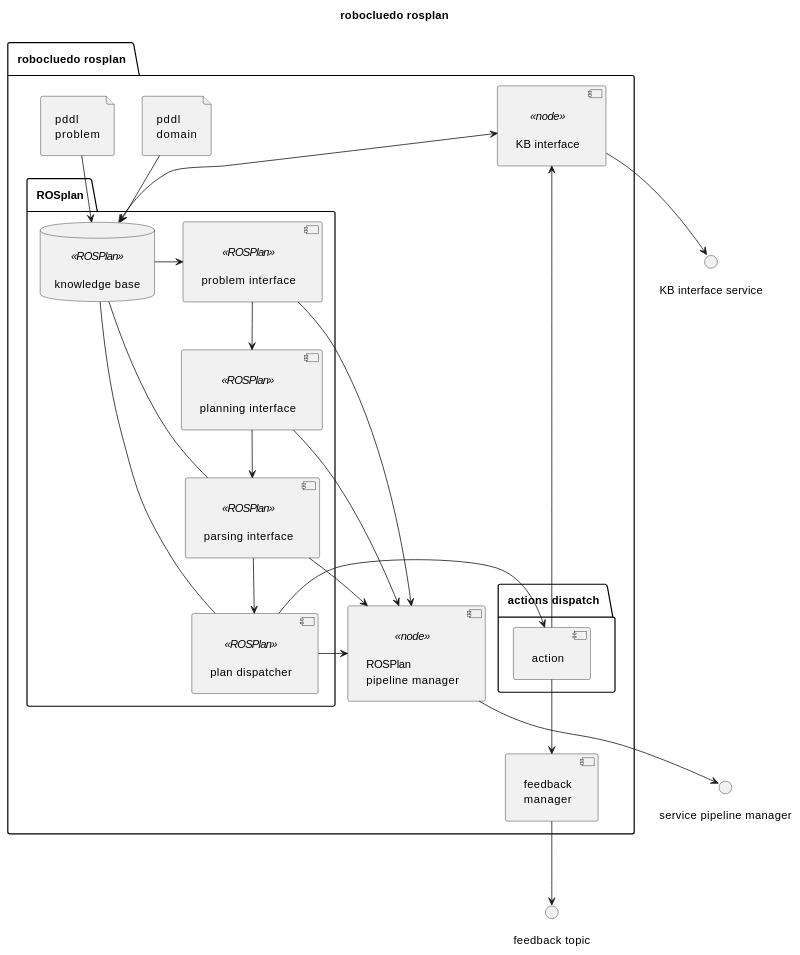
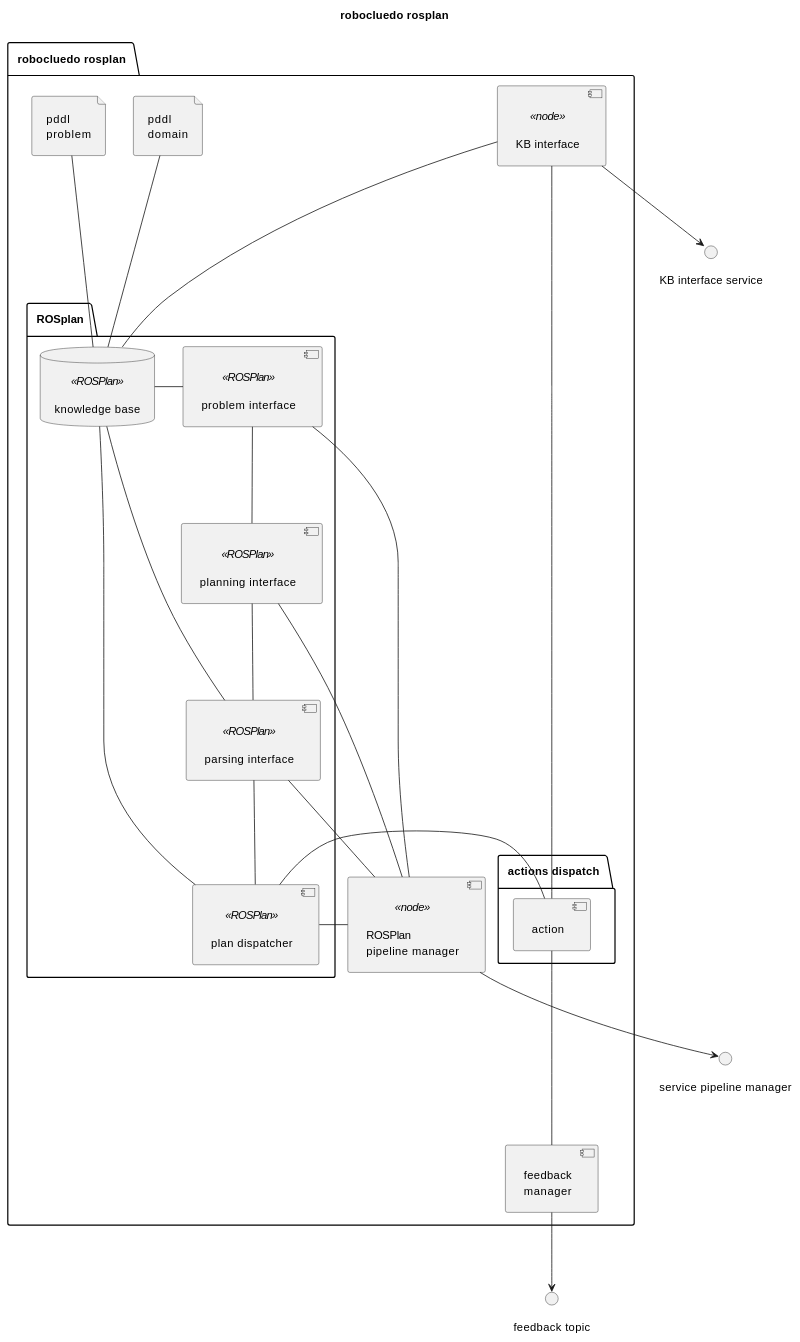
One commit to programmatoroSeduto/ExperimentalRoboticsLab-Assignment-3 changed the diagram in robocluedo_rosplan/_uml/rosplan-arch.md. Above: the diagram before and after it, drawn with PlantUML. The commit also changed other lines of this file and 131 other files, not shown here.

````diff
--- a/robocluedo_rosplan/_uml/rosplan-arch.md
+++ b/robocluedo_rosplan/_uml/rosplan-arch.md
@@ -20,59 +35,59 @@
 ```{uml} 
 @startuml
 
 ''' DIAGRAM INFOS
 title "robocluedo rosplan"
 skinparam Padding 8
 
 
 ''' DIAGRAM ELEMENTS
 package "robocluedo rosplan" {
 
 file "pddl\ndomain" as PDDL_DOM
 file "pddl\nproblem" as PDDL_PROB
 
 package "ROSplan" {
 	database "knowledge base" <<ROSPlan>> as KB
 	[problem interface] <<ROSPlan>> as PROBLEM
 	[planning interface] <<ROSPlan>> as PLAN
 	[parsing interface] <<ROSPlan>> as PARSE
 	[plan dispatcher] <<ROSPlan>> as DISPATCH
 
-	KB -right-> PROBLEM
-	PROBLEM -down-> PLAN
-	PLAN -down-> PARSE
+	KB -right-- PROBLEM
+	PROBLEM -down-- PLAN
+	PLAN -down-- PARSE
 	KB -right- PARSE
-	PARSE -down-> DISPATCH
+	PARSE -down-- DISPATCH
 	KB -left- DISPATCH
 }
 
 package "actions dispatch" {
 	[action] as ACTION
 }
 
 [feedback\nmanager] as FEEDBACK
 [ROSPlan\npipeline manager] <<node>> as MANAGER
 [KB interface] <<node>> as IKB
-ACTION --> IKB
+ACTION --- IKB
 
-DISPATCH -right-> ACTION
-PDDL_DOM --> KB
-PDDL_PROB --> KB
-IKB <--> KB
+DISPATCH -right-- ACTION
+PDDL_DOM --- KB
+PDDL_PROB --- KB
+IKB --- KB
 
-ACTION --> FEEDBACK
+ACTION --- FEEDBACK
 
-PROBLEM -right-> MANAGER
-PLAN -right-> MANAGER
-PARSE -right-> MANAGER
-DISPATCH -right-> MANAGER
+PROBLEM -right-- MANAGER
+PLAN -right-- MANAGER
+PARSE -right-- MANAGER
+DISPATCH -right-- MANAGER
 }
 
 () "feedback topic" as TOPIC_FEEDBACK
 FEEDBACK --> TOPIC_FEEDBACK
 () "service pipeline manager" as SRV_MANAGER
 MANAGER --> SRV_MANAGER
 () "KB interface service" as SRV_IKB
 IKB --> SRV_IKB
 @enduml
 ```
````
